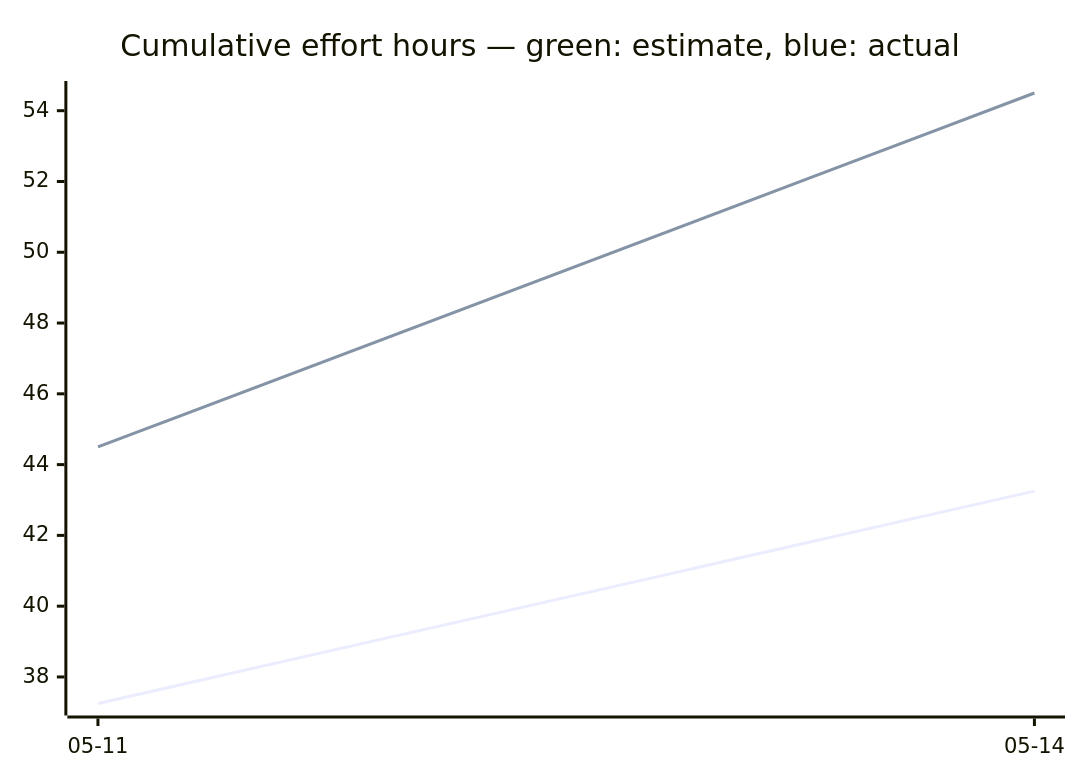
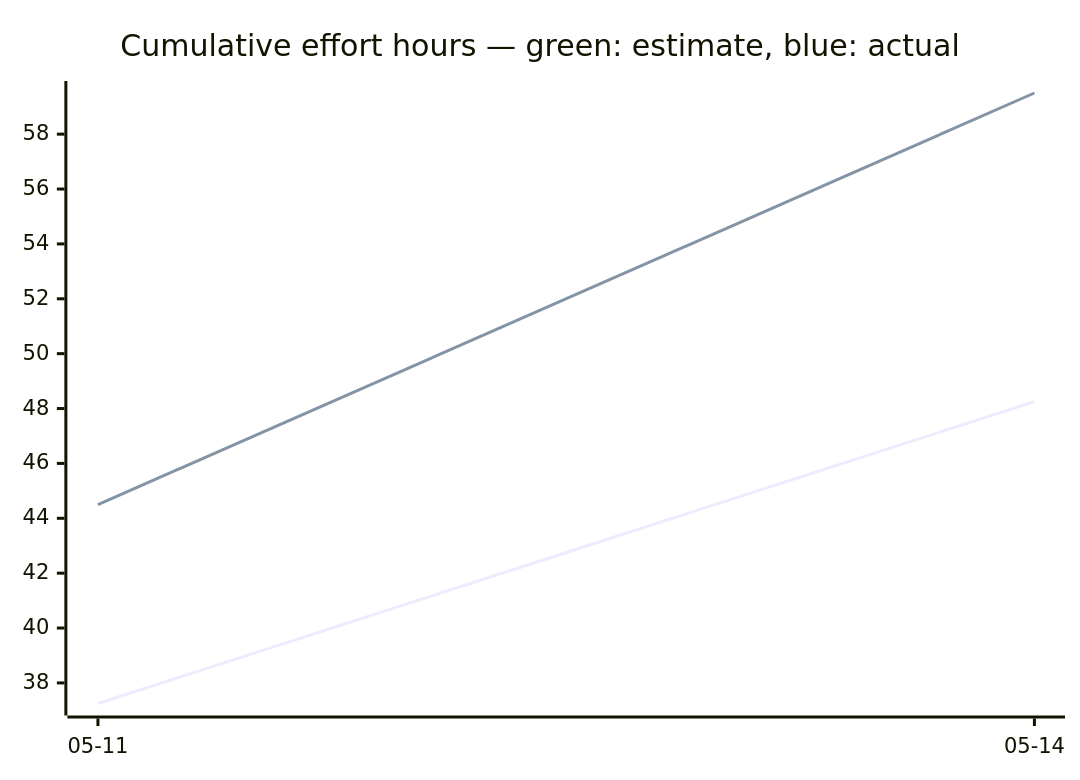
The third of 3 diagrams in docs/developers/tasks/OVERVIEW.md (tgd1975/AwesomeGuitarPedal), drawn with Mermaid before and after one commit. The commit also changed other lines of this file and 9 other files, not shown here.

````diff
--- a/docs/developers/tasks/OVERVIEW.md
+++ b/docs/developers/tasks/OVERVIEW.md
@@ -40,7 +40,7 @@
 ```mermaid
 xychart-beta
     title "Cumulative effort hours — green: estimate, blue: actual"
     x-axis ["05-11", "05-14"]
-    line [37.25, 43.25]
-    line [44.5, 54.5]
+    line [37.25, 48.25]
+    line [44.5, 59.5]
 ```
````
